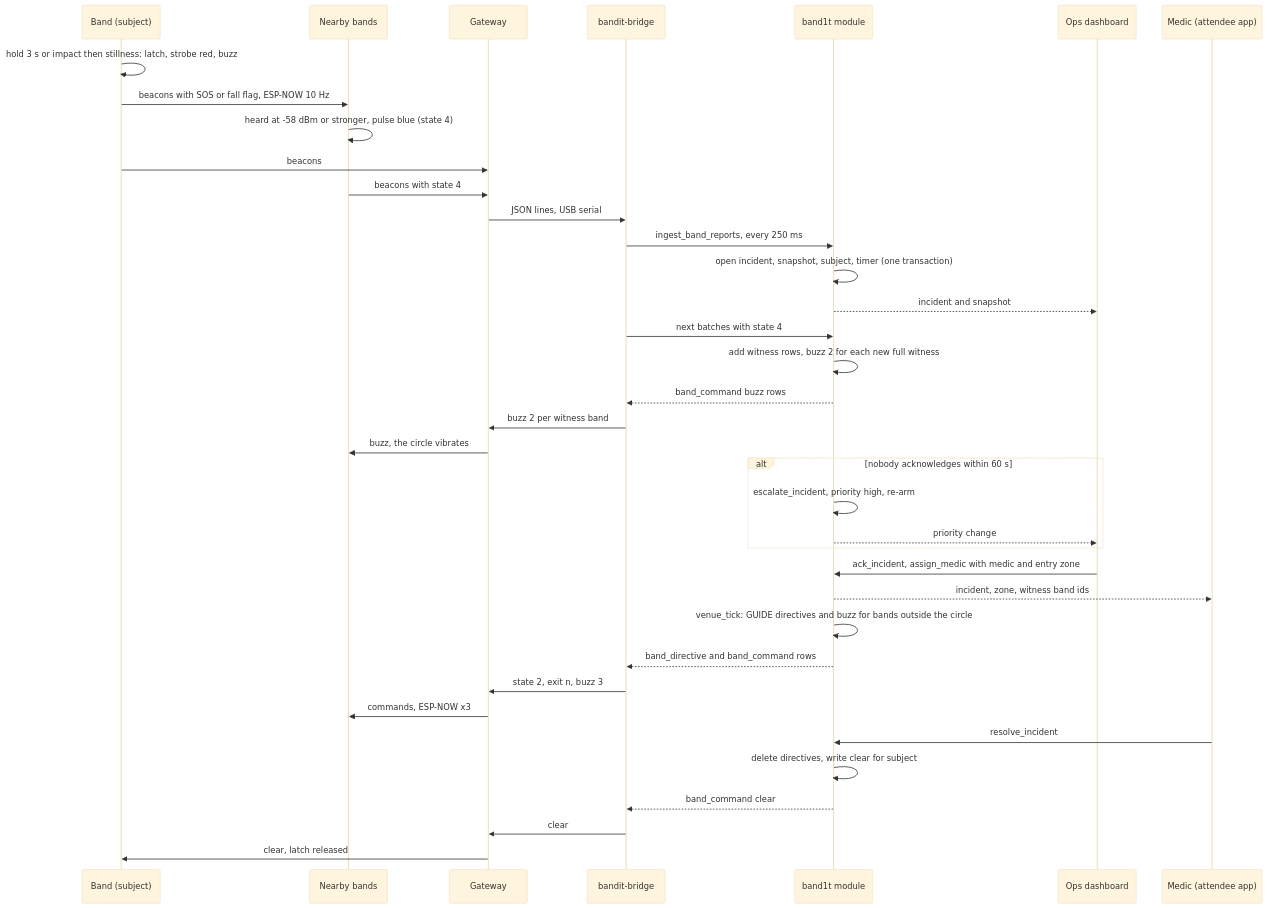
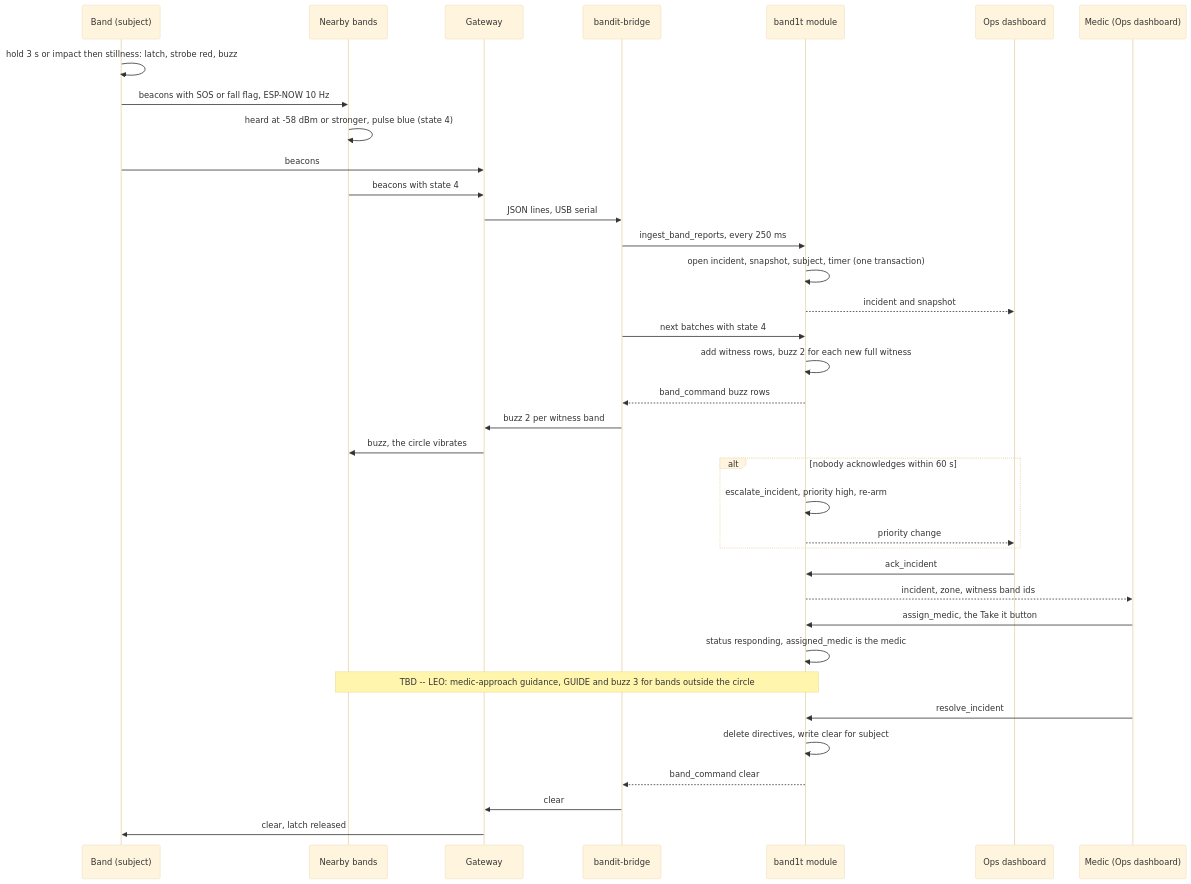
The third of 4 diagrams in System Design/6-features/Safety.md (viktorinkov/cal-hacks-13), drawn with Mermaid (base theme) before and after one commit. The commit also changed other lines of this file and 20 other files, not shown here.

````diff
--- a/System Design/6-features/Safety.md
+++ b/System Design/6-features/Safety.md
@@ -188,39 +192,38 @@
 ```mermaid
 sequenceDiagram
   participant B as Band (subject)
   participant N as Nearby bands
   participant G as Gateway
   participant BR as bandit-bridge
   participant M as band1t module
   participant D as Ops dashboard
-  participant MD as Medic (attendee app)
+  participant MD as Medic (Ops dashboard)
   B->>B: hold 3 s or impact then stillness: latch, strobe red, buzz
   B->>N: beacons with SOS or fall flag, ESP-NOW 10 Hz
   N->>N: heard at -58 dBm or stronger, pulse blue (state 4)
   B->>G: beacons
   N->>G: beacons with state 4
   G->>BR: JSON lines, USB serial
   BR->>M: ingest_band_reports, every 250 ms
   M->>M: open incident, snapshot, subject, timer (one transaction)
   M-->>D: incident and snapshot
   BR->>M: next batches with state 4
   M->>M: add witness rows, buzz 2 for each new full witness
   M-->>BR: band_command buzz rows
   BR->>G: buzz 2 per witness band
   G->>N: buzz, the circle vibrates
   alt nobody acknowledges within 60 s
     M->>M: escalate_incident, priority high, re-arm
     M-->>D: priority change
   end
-  D->>M: ack_incident, assign_medic with medic and entry zone
+  D->>M: ack_incident
   M-->>MD: incident, zone, witness band ids
-  M->>M: venue_tick: GUIDE directives and buzz for bands outside the circle
-  M-->>BR: band_directive and band_command rows
-  BR->>G: state 2, exit n, buzz 3
-  G->>N: commands, ESP-NOW x3
+  MD->>M: assign_medic, the Take it button
+  M->>M: status responding, assigned_medic is the medic
+  Note over M,N: TBD -- LEO: medic-approach guidance, GUIDE and buzz 3 for bands outside the circle
   MD->>M: resolve_incident
   M->>M: delete directives, write clear for subject
   M-->>BR: band_command clear
   BR->>G: clear
   G->>B: clear, latch released
 ```
````
